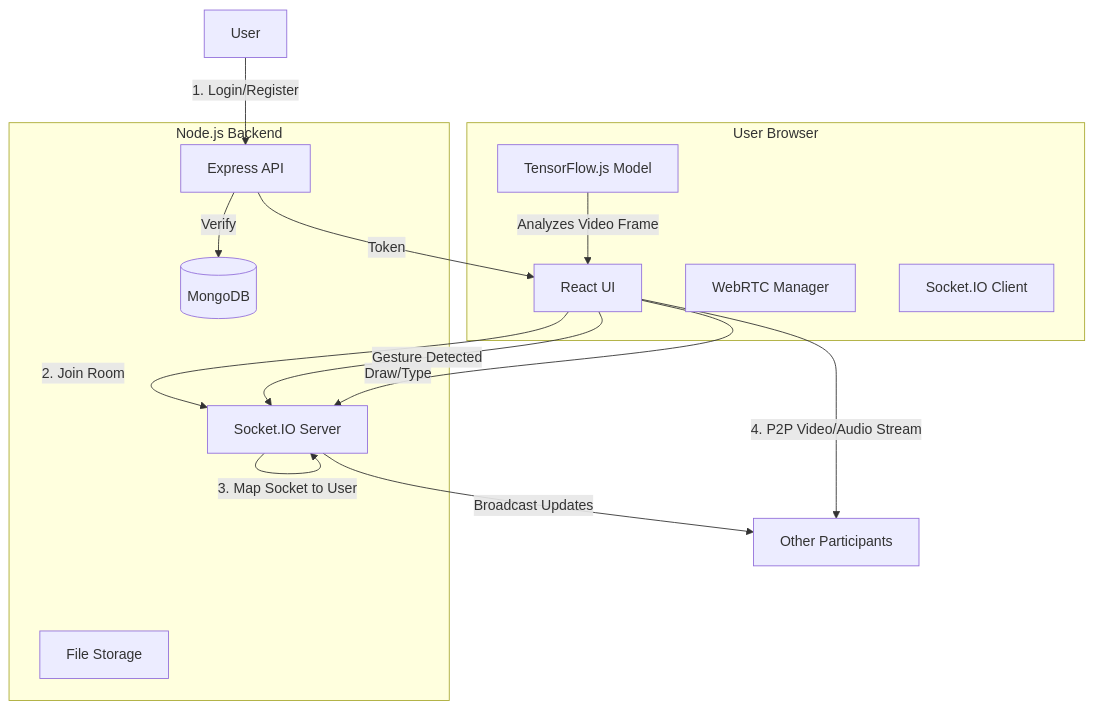
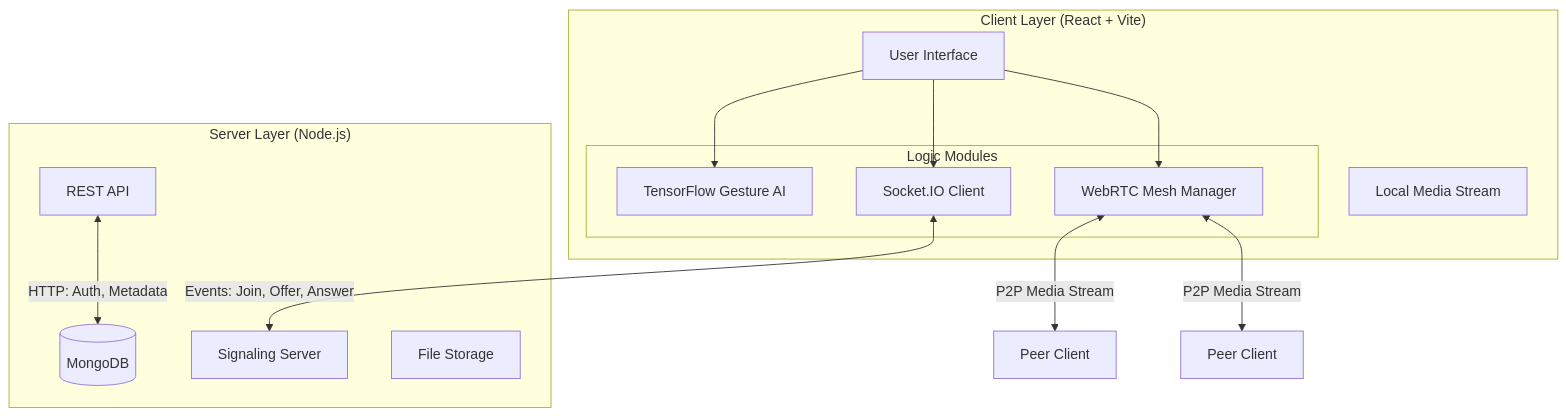
Before and after one commit to Prajwal-Poojary/Collaboration: the first of 2 diagrams in PROJECT_DOCUMENTATION.md, drawn with Mermaid. The commit also changed other lines of this file, not shown here.

````diff
--- a/PROJECT_DOCUMENTATION.md
+++ b/PROJECT_DOCUMENTATION.md
@@ -86,35 +19,30 @@
 ```mermaid
 graph TD
-    subgraph Client [User Browser]
-        UI[React UI]
-        TF[TensorFlow.js Model]
-        RTC[WebRTC Manager]
-        Socket[Socket.IO Client]
+    subgraph Client ["Client Layer (React + Vite)"]
+        UI[User Interface]
+        localStream[Local Media Stream]
+        
+        subgraph Logic ["Logic Modules"]
+            RTCEngine[WebRTC Mesh Manager]
+            SocketMgr[Socket.IO Client]
+            TFModel[TensorFlow Gesture AI]
+        end
     end
 
-    subgraph Server [Node.js Backend]
-        API[Express API]
-        Signal[Socket.IO Server]
+    subgraph Server ["Server Layer (Node.js)"]
+        Signal[Signaling Server]
+        REST[REST API]
         DB[(MongoDB)]
         Storage[File Storage]
     end
 
-    %% User Flow
-    User -->|1. Login/Register| API
-    API -->|Verify| DB
-    API -->|Token| UI
+    UI --> RTCEngine
+    UI --> SocketMgr
+    UI --> TFModel
 
-    %% Meeting Flow
-    UI -->|2. Join Room| Signal
-    Signal -->|3. Map Socket to User| Signal
-    
-    %% Connections
-    UI -- 4. P2P Video/Audio Stream --> OtherUsers[Other Participants]
-    
-    %% Feature Flows
-    TF -- Analyzes Video Frame --> UI
-    UI -- "Gesture Detected" --> Signal
-    
-    UI -- "Draw/Type" --> Signal
-    Signal -- Broadcast Updates --> OtherUsers
+    RTCEngine <-->|P2P Media Stream| Peer1[Peer Client]
+    RTCEngine <-->|P2P Media Stream| Peer2[Peer Client]
+
+    SocketMgr <-->|Events: Join, Offer, Answer| Signal
+    REST <-->|HTTP: Auth, Metadata| DB
 ```
````
